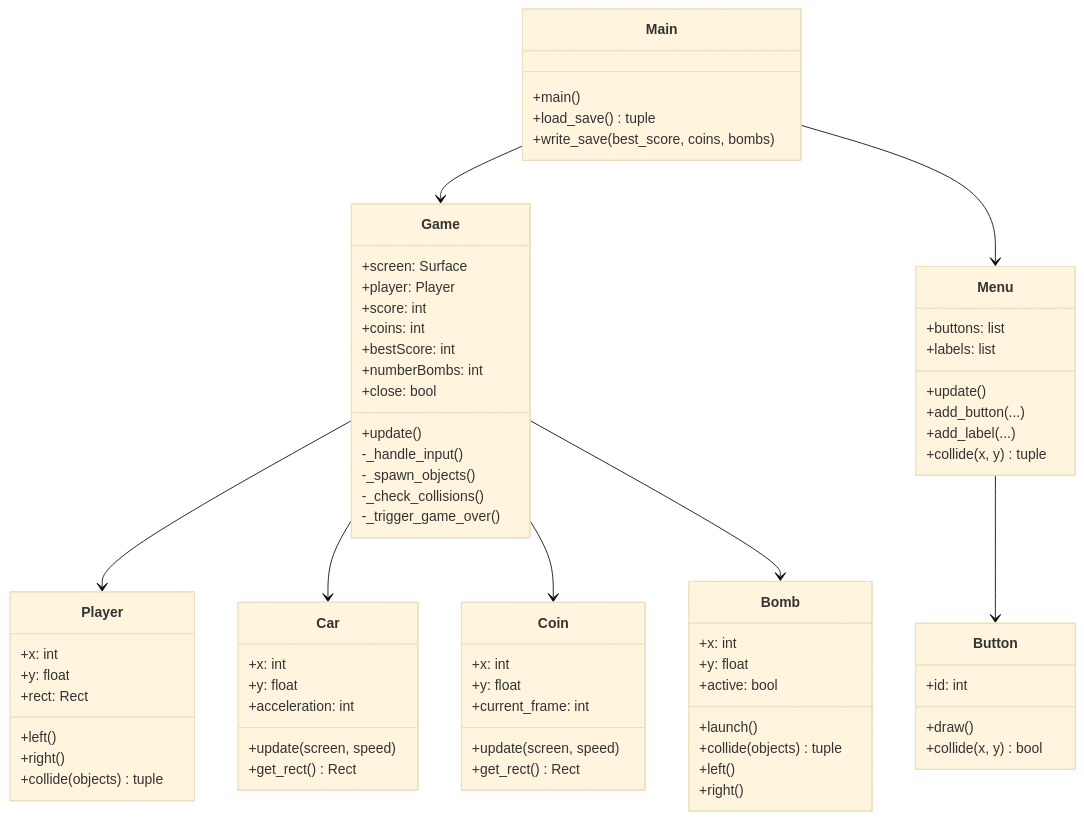
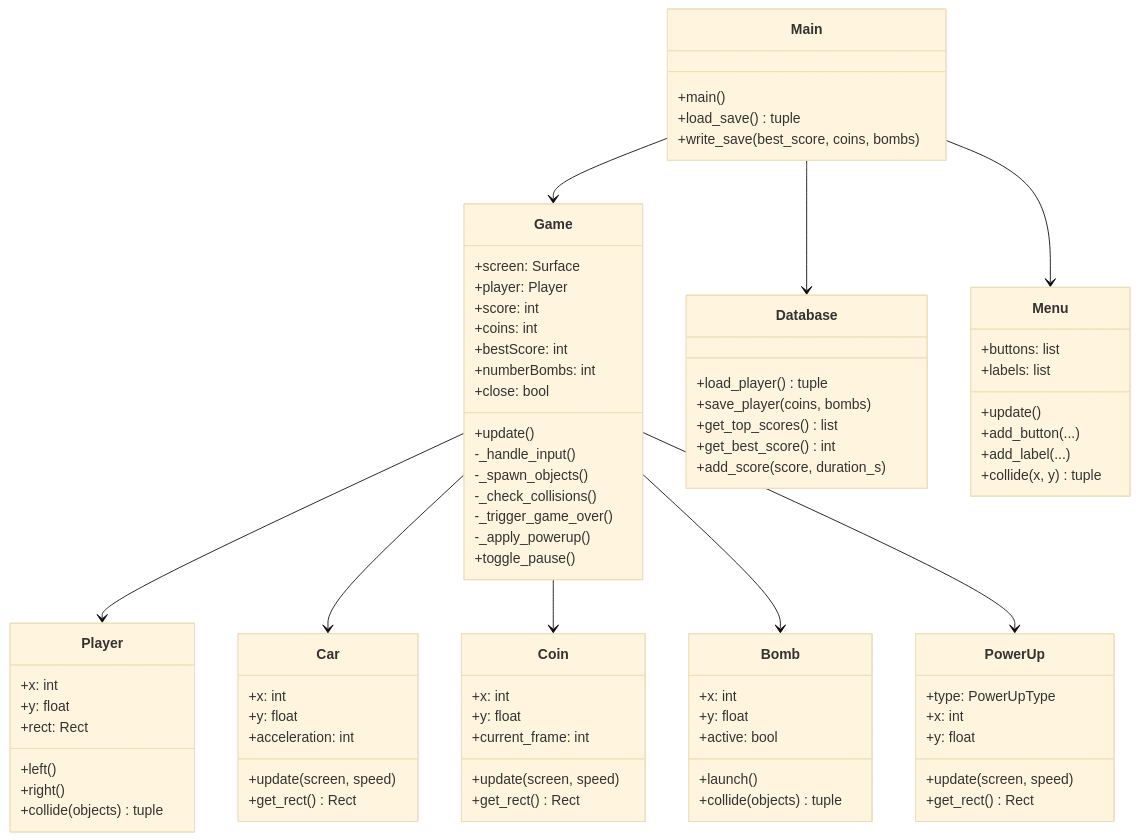
Before and after one commit to joresseeff/dashway: the diagram in README.md, drawn with Mermaid (base theme). The commit also changed other lines of this file, not shown here.

````diff
--- a/README.md
+++ b/README.md
@@ -93,6 +79,8 @@
         -_spawn_objects()
         -_check_collisions()
         -_trigger_game_over()
+        -_apply_powerup()
+        +toggle_pause()
     }
 
     class Player {
@@ -126,8 +114,22 @@
         +active: bool
         +launch()
         +collide(objects) tuple
-        +left()
-        +right()
+    }
+
+    class PowerUp {
+        +type: PowerUpType
+        +x: int
+        +y: float
+        +update(screen, speed)
+        +get_rect() Rect
+    }
+
+    class Database {
+        +load_player() tuple
+        +save_player(coins, bombs)
+        +get_top_scores() list
+        +get_best_score() int
+        +add_score(score, duration_s)
     }
 
     class Menu {
@@ -139,17 +141,12 @@
         +collide(x, y) tuple
     }
 
-    class Button {
-        +id: int
-        +draw()
-        +collide(x, y) bool
-    }
-
     Main --> Game
     Main --> Menu
+    Main --> Database
     Game --> Player
     Game --> Car
     Game --> Coin
     Game --> Bomb
-    Menu --> Button
+    Game --> PowerUp
 ```
````
